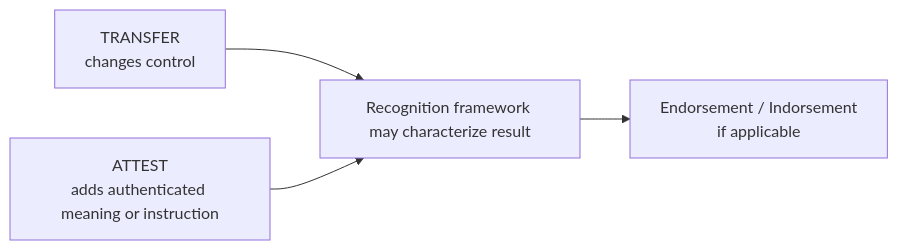
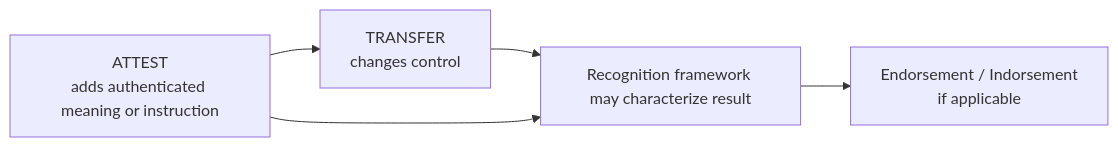
One commit to trbouma/openetr changed the seventh of 7 diagrams in docs/specs/CANONICAL_ETR_TRANSACTION_INFOGRAPHIC.md. Above: the diagram before and after it, drawn with Mermaid. The commit also changed other lines of this file, not shown here.

````diff
--- a/docs/specs/CANONICAL_ETR_TRANSACTION_INFOGRAPHIC.md
+++ b/docs/specs/CANONICAL_ETR_TRANSACTION_INFOGRAPHIC.md
@@ -108,6 +116,7 @@
 ```mermaid
 flowchart LR
     A["TRANSFER<br>changes control"] --> C["Recognition framework may characterize result"]
-    B["ATTEST<br>adds authenticated meaning or instruction"] --> C["Recognition framework may characterize result"]
+    B["ATTEST<br>adds authenticated meaning or instruction"] --> A
+    B --> C
     C --> D["Endorsement / Indorsement<br>if applicable"]
 ```
````
